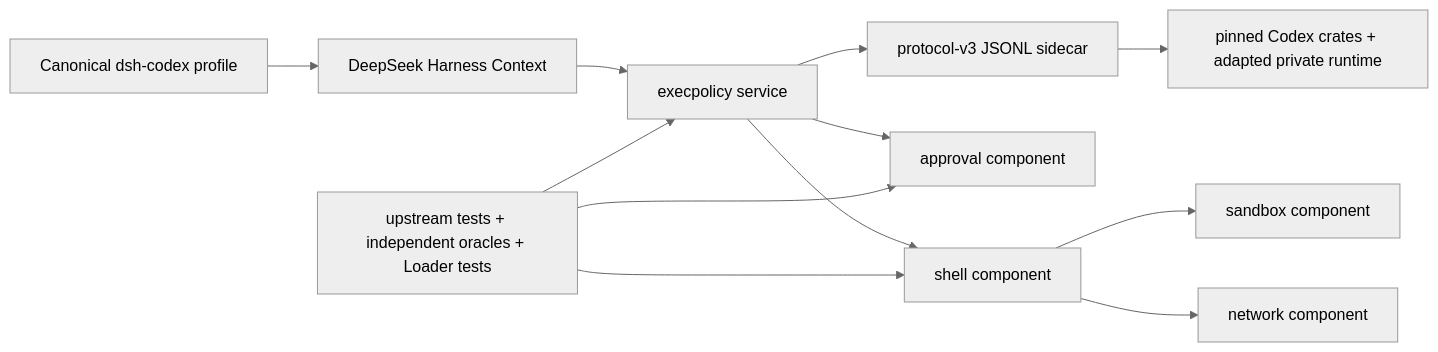
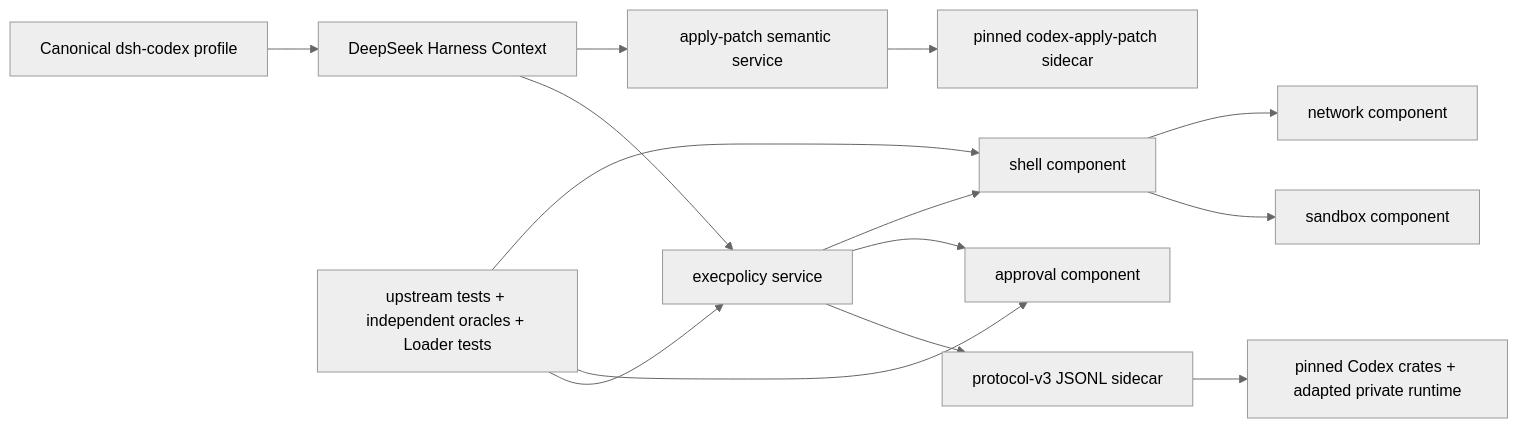
The diagram in docs/architecture.md (songyang0603/dsh-codex), drawn with Mermaid (neutral theme) before and after one commit. The commit also changed other lines of this file and 59 other files, not shown here.

Commit message:
add parity-verified apply-patch semantic engine

````diff
--- a/docs/architecture.md
+++ b/docs/architecture.md
@@ -3,14 +3,16 @@
 ```mermaid
 flowchart LR
   Profile["Canonical dsh-codex profile"] --> DSH["DeepSeek Harness Context"]
   DSH --> EP["execpolicy service"]
   EP --> IPC["protocol-v3 JSONL sidecar"]
   IPC --> Rust["pinned Codex crates + adapted private runtime"]
   EP --> Approval["approval component"]
+  DSH --> PatchEngine["apply-patch semantic service"]
+  PatchEngine --> PatchNative["pinned codex-apply-patch sidecar"]
   EP --> Shell["shell component"]
   Shell --> Sandbox["sandbox component"]
   Shell --> Network["network component"]
   Tests["upstream tests + independent oracles + Loader tests"] --> EP
   Tests --> Approval
   Tests --> Shell
 ```
````
